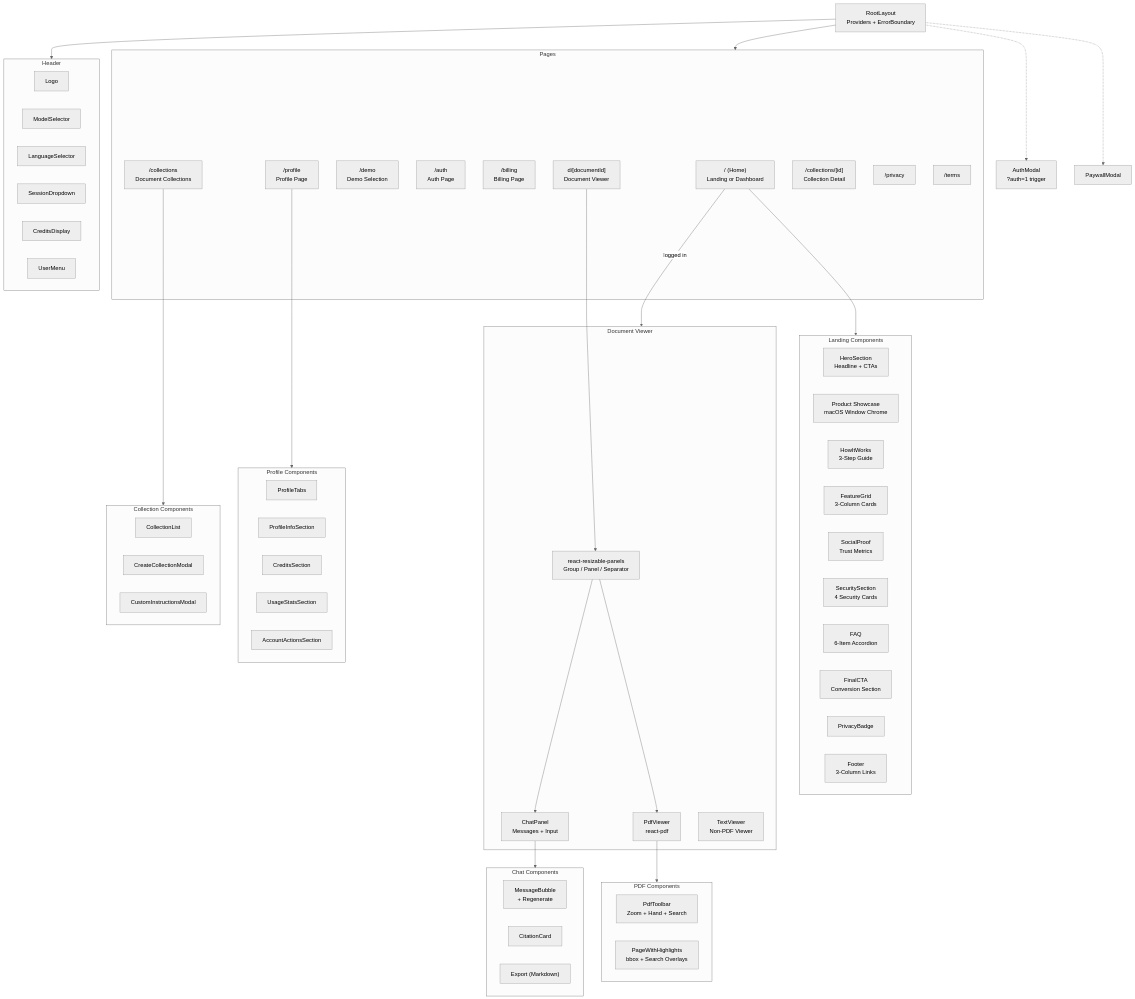
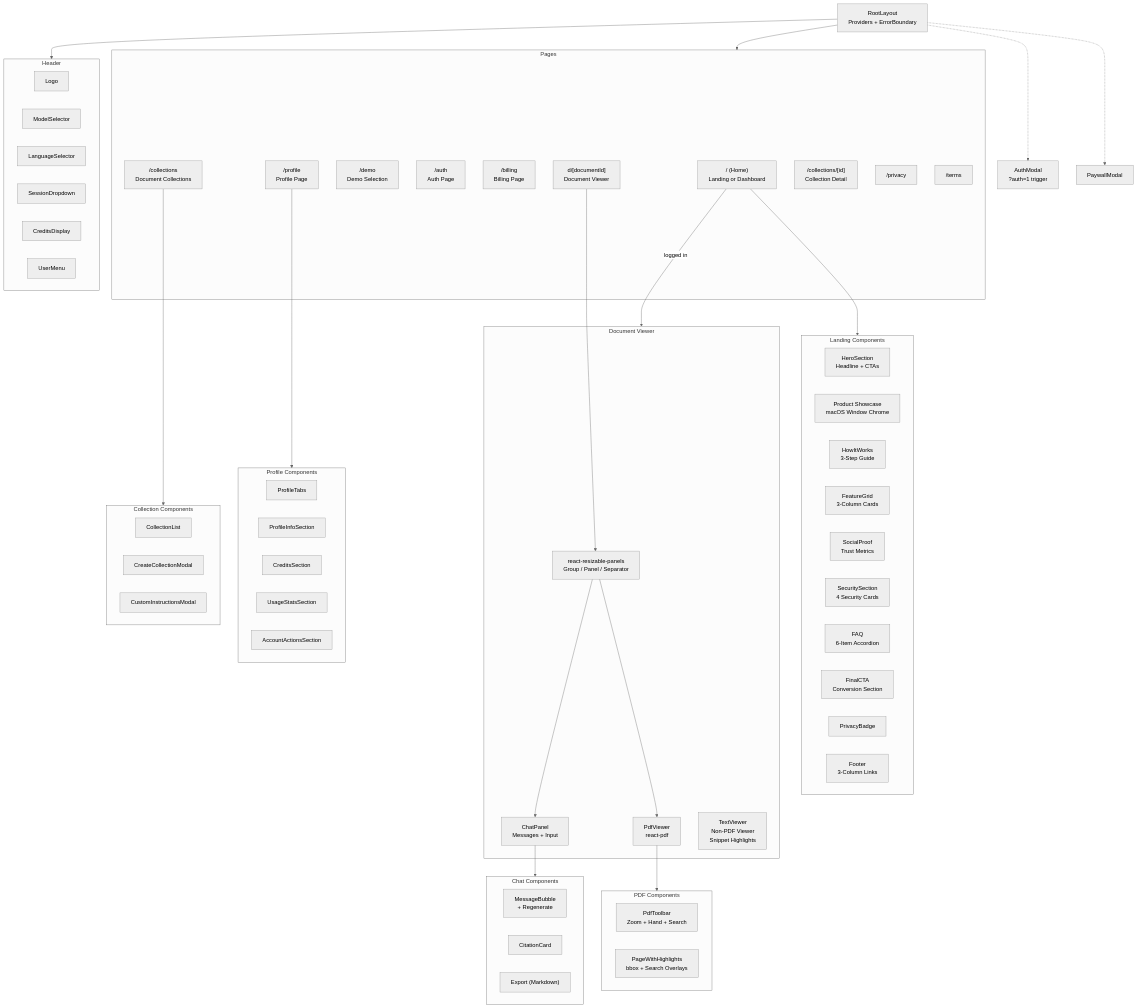
One commit to Rswcf/DocTalk changed the seventh of 8 diagrams in docs/ARCHITECTURE.md. Above: the diagram before and after it, drawn with Mermaid (neutral theme). The commit also changed 4 other files, not shown here.

First line of the commit message:
docs: document TextViewer citation highlight and dual highlight strategy

```diff
--- a/docs/ARCHITECTURE.md
+++ b/docs/ARCHITECTURE.md
@@ -527,7 +527,7 @@
         ResizablePanels["react-resizable-panels<br/>Group / Panel / Separator"]
         ChatPanel["ChatPanel<br/>Messages + Input"]
         PdfViewer["PdfViewer<br/>react-pdf"]
-        TextViewer["TextViewer<br/>Non-PDF Viewer"]
+        TextViewer["TextViewer<br/>Non-PDF Viewer<br/>Snippet Highlights"]
     end
 
     subgraph ChatComp["Chat Components"]
```
